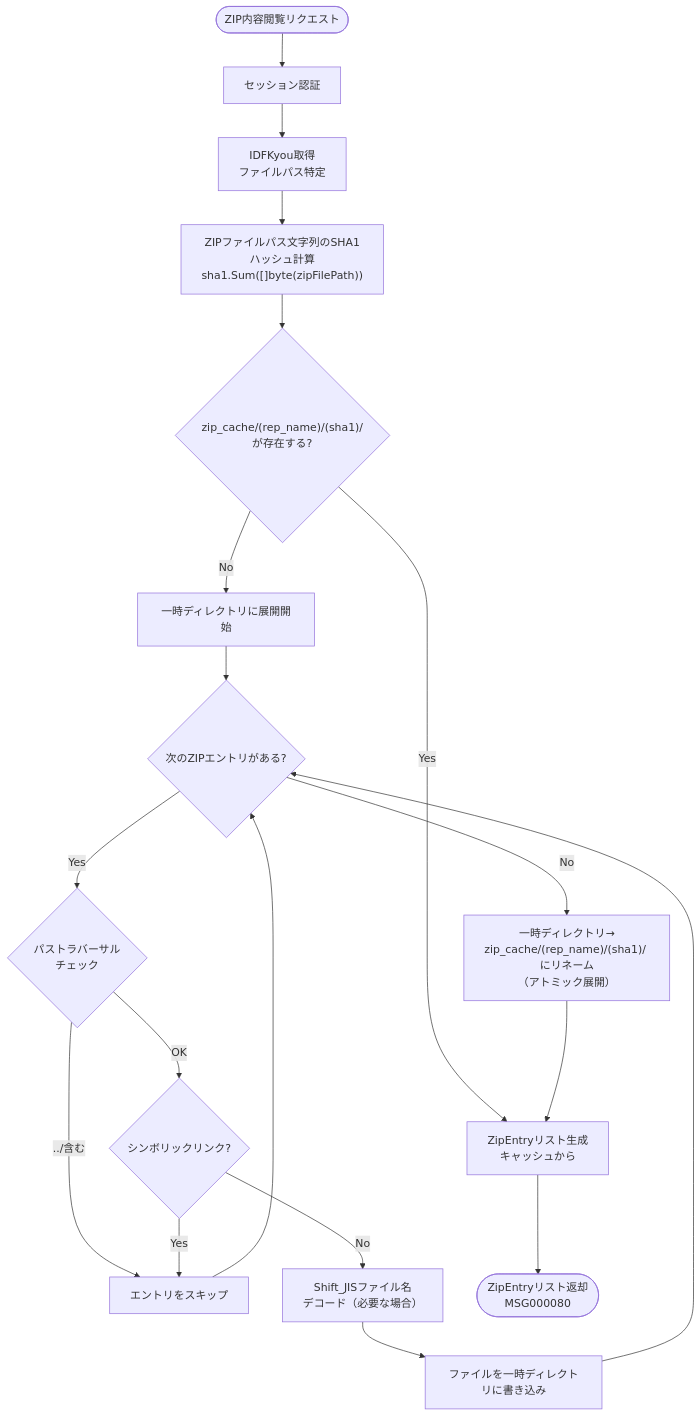
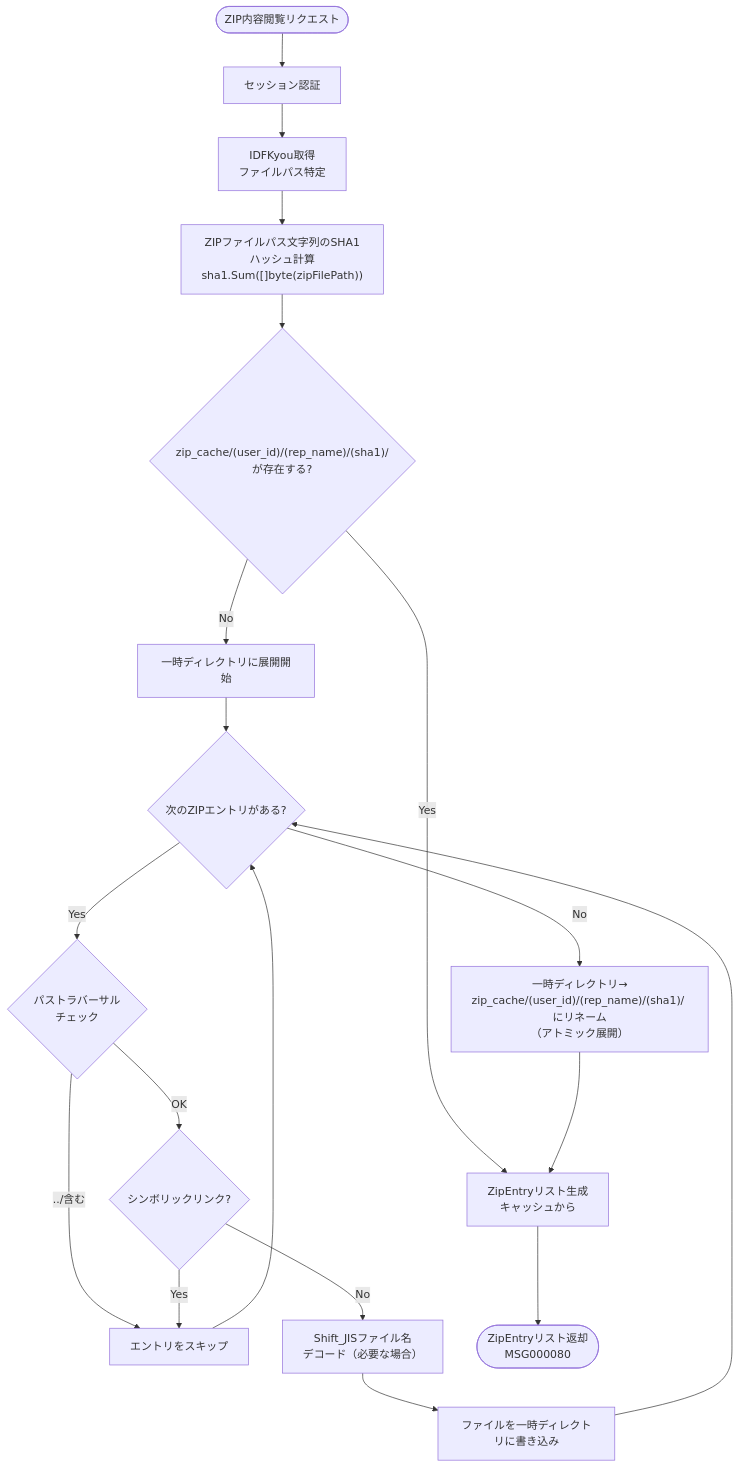
The seventh of 13 diagrams in documents/reverse/activity-diagrams.md (mt3hr/gkill), drawn with Mermaid before and after one commit. The commit also changed other lines of this file and 62 other files, not shown here.

````diff
--- a/documents/reverse/activity-diagrams.md
+++ b/documents/reverse/activity-diagrams.md
@@ -222,28 +222,28 @@
 ```mermaid
 flowchart TD
     Start([ZIP内容閲覧リクエスト]) --> Auth[セッション認証]
     Auth --> GetIDFKyou[IDFKyou取得<br>ファイルパス特定]
     GetIDFKyou --> CalcHash["ZIPファイルパス文字列のSHA1ハッシュ計算<br>sha1.Sum([]byte(zipFilePath))"]
-    CalcHash --> CacheCheck{"zip_cache/(rep_name)/(sha1)/<br>が存在する?"}
+    CalcHash --> CacheCheck{"zip_cache/(user_id)/(rep_name)/(sha1)/<br>が存在する?"}
 
     CacheCheck -->|Yes| BuildEntries[ZipEntryリスト生成<br>キャッシュから]
     CacheCheck -->|No| ExtractToTemp[一時ディレクトリに展開開始]
 
     ExtractToTemp --> LoopEntries{次のZIPエントリがある?}
     LoopEntries -->|Yes| TraversalCheck{パストラバーサル<br>チェック}
 
     TraversalCheck -->|../含む| SkipEntry[エントリをスキップ]
     SkipEntry --> LoopEntries
     TraversalCheck -->|OK| SymlinkCheck{シンボリックリンク?}
 
     SymlinkCheck -->|Yes| SkipEntry
     SymlinkCheck -->|No| DecodeFilename[Shift_JISファイル名<br>デコード（必要な場合）]
 
     DecodeFilename --> WriteFile[ファイルを一時ディレクトリに書き込み]
     WriteFile --> LoopEntries
 
-    LoopEntries -->|No| AtomicRename["一時ディレクトリ→<br>zip_cache/(rep_name)/(sha1)/ にリネーム<br>（アトミック展開）"]
+    LoopEntries -->|No| AtomicRename["一時ディレクトリ→<br>zip_cache/(user_id)/(rep_name)/(sha1)/ にリネーム<br>（アトミック展開）"]
     AtomicRename --> BuildEntries
 
     BuildEntries --> ReturnEntries([ZipEntryリスト返却<br>MSG000080])
 ```
````
